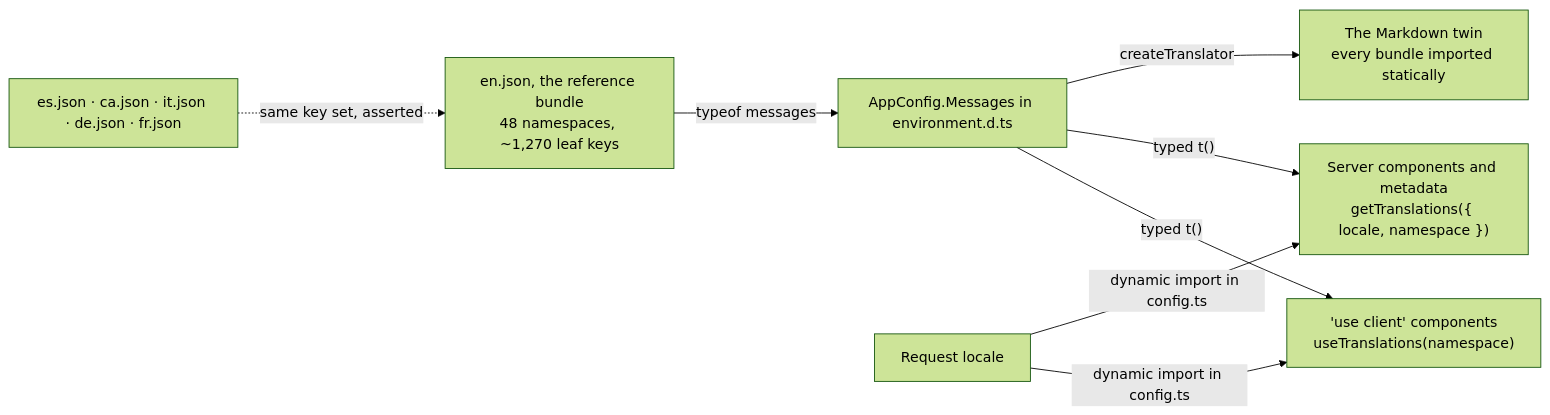
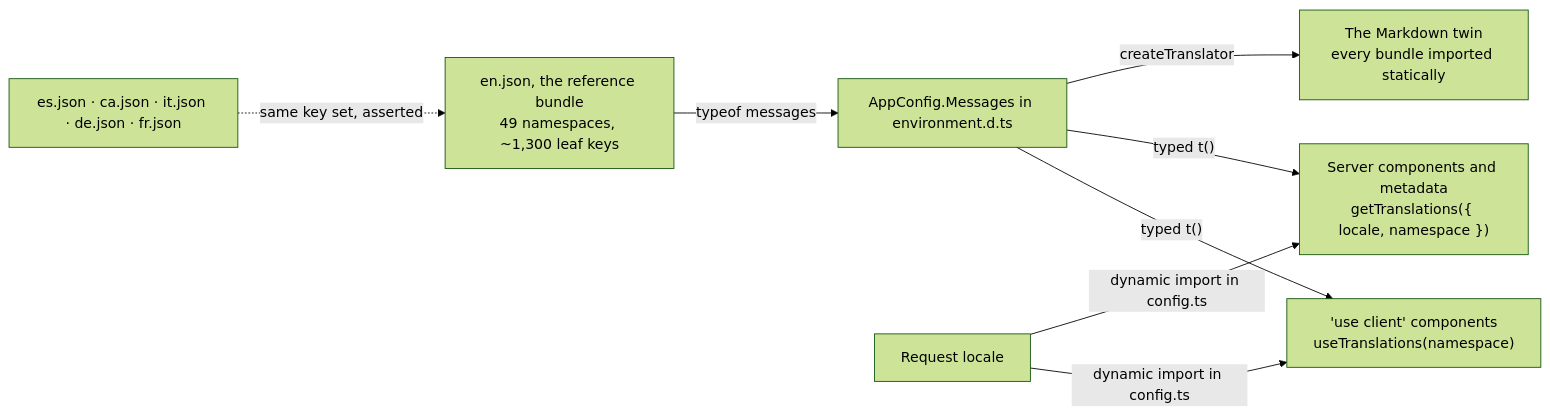
One commit to fbuireu/forever-pto changed the second of 2 diagrams in apps/docs/src/content/docs/how-it-works/i18n.mdx. Above: the diagram before and after it, drawn with Mermaid (forest theme). The commit also changed other lines of this file and 232 other files, not shown here.

````diff
--- a/apps/docs/src/content/docs/how-it-works/i18n.mdx
+++ b/apps/docs/src/content/docs/how-it-works/i18n.mdx
@@ -61,9 +61,9 @@
 ```mermaid
 flowchart LR
-  EN["en.json, the reference bundle<br/>48 namespaces, ~1,270 leaf keys"] -->|"typeof messages"| T["AppConfig.Messages in environment.d.ts"]
+  EN["en.json, the reference bundle<br/>49 namespaces, ~1,300 leaf keys"] -->|"typeof messages"| T["AppConfig.Messages in environment.d.ts"]
   T -->|"typed t()"| CC["'use client' components<br/>useTranslations(namespace)"]
   T -->|"typed t()"| SC["Server components and metadata<br/>getTranslations({ locale, namespace })"]
   T -->|"createTranslator"| MD["The Markdown twin<br/>every bundle imported statically"]
   ES["es.json · ca.json · it.json · de.json · fr.json"] -.->|"same key set, asserted"| EN
   REQ["Request locale"] -->|"dynamic import in config.ts"| CC & SC
 ```
````
